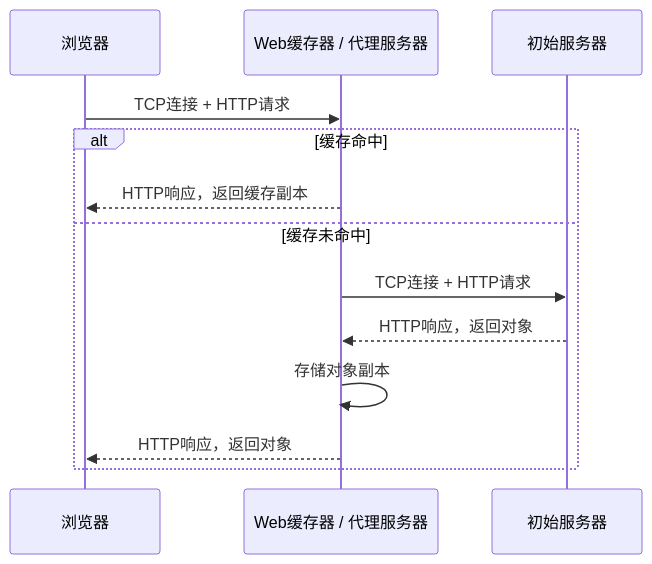
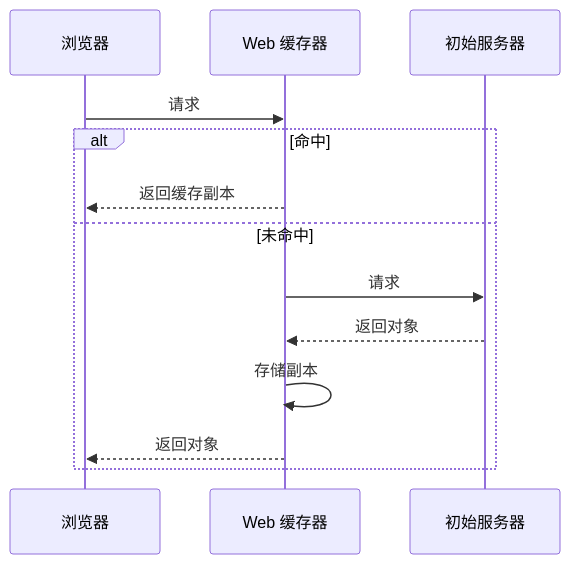
Before and after one commit to Meer-Matze/Meer-Matze.github.io: the seventh of 20 diagrams in src/content/posts/应用层.md, drawn with Mermaid. The commit also changed other lines of this file and 3 other files, not shown here.

````diff
--- a/src/content/posts/应用层.md
+++ b/src/content/posts/应用层.md
@@ -1297,16 +536,15 @@
 ```mermaid
 sequenceDiagram
   participant B as 浏览器
-  participant C as Web缓存器 / 代理服务器
+  participant C as Web 缓存器
   participant S as 初始服务器
-
-  B->>C: TCP连接 + HTTP请求
-  alt 缓存命中
-    C-->>B: HTTP响应，返回缓存副本
-  else 缓存未命中
-    C->>S: TCP连接 + HTTP请求
-    S-->>C: HTTP响应，返回对象
-    C->>C: 存储对象副本
-    C-->>B: HTTP响应，返回对象
+  B->>C: 请求
+  alt 命中
+    C-->>B: 返回缓存副本
+  else 未命中
+    C->>S: 请求
+    S-->>C: 返回对象
+    C->>C: 存储副本
+    C-->>B: 返回对象
   end
 ```
````
